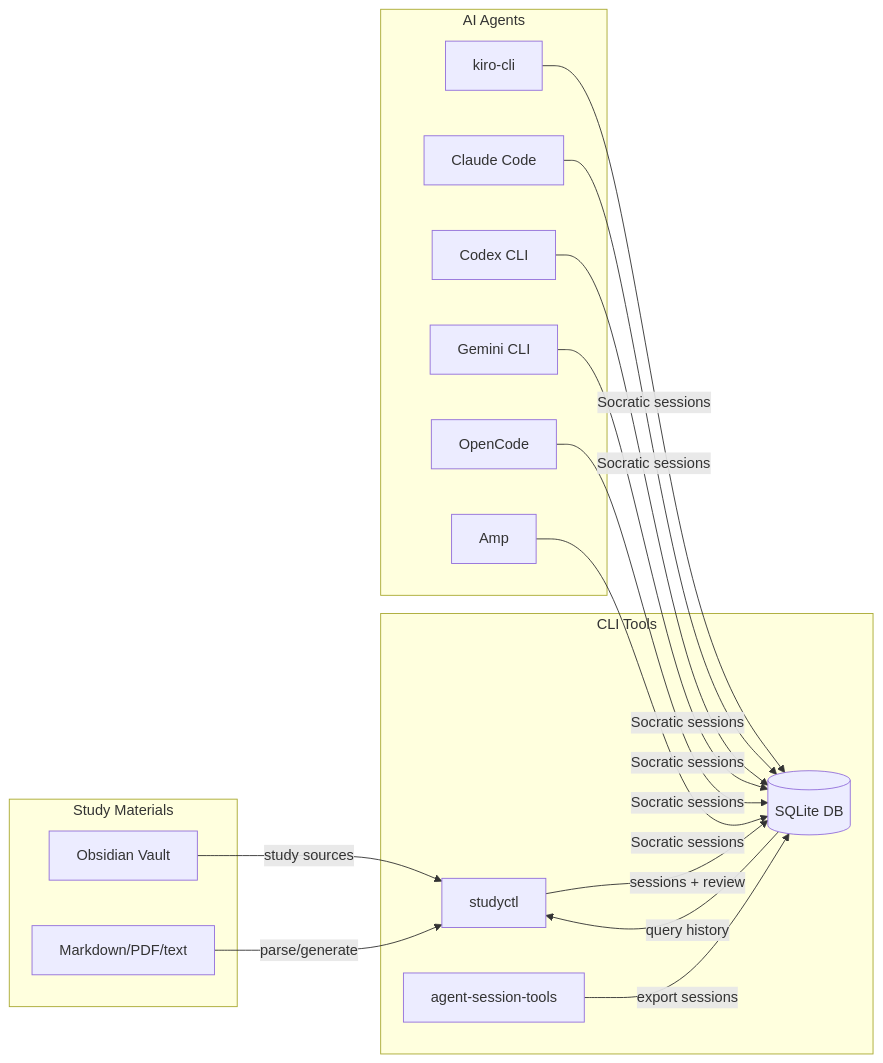
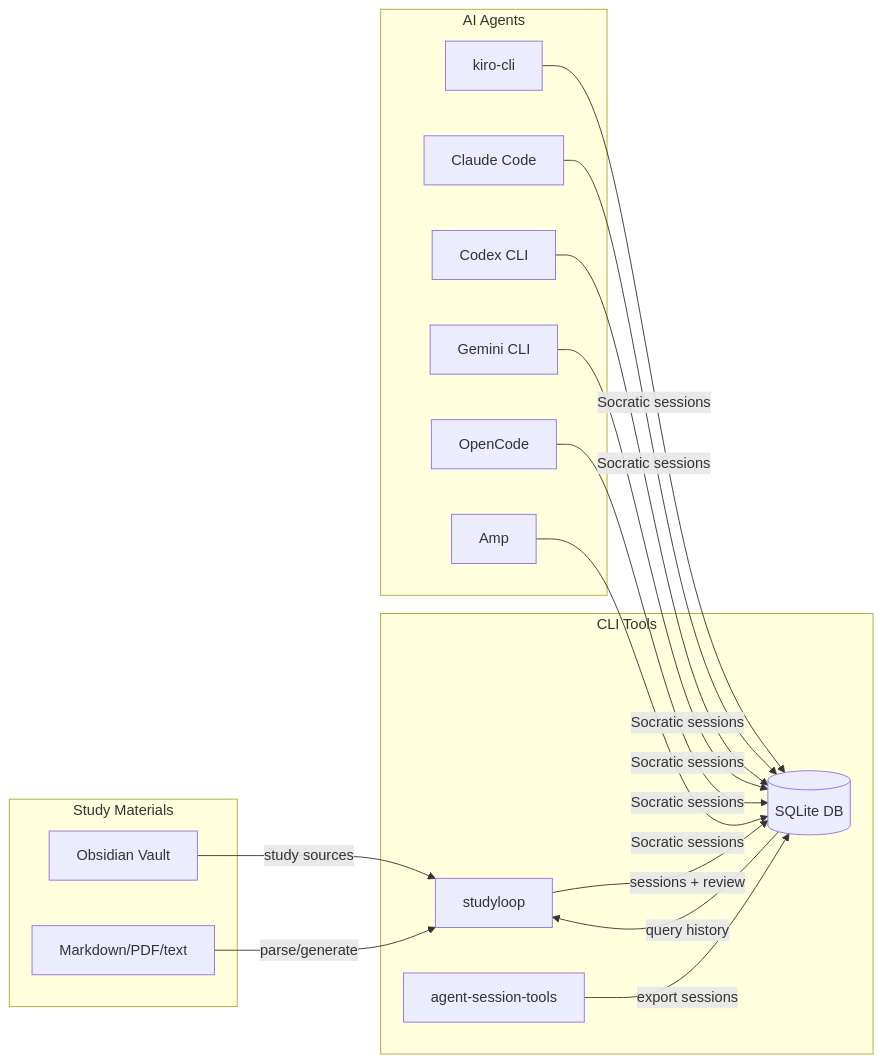
The diagram in docs/index.md (NetDevAutomate/StudyLoop), drawn with Mermaid before and after one commit. The commit also changed other lines of this file and 90 other files, not shown here.

````diff
--- a/docs/index.md
+++ b/docs/index.md
@@ -36,34 +36,34 @@
 ```mermaid
 graph LR
     subgraph "Study Materials"
         OB[Obsidian Vault]
         SRC[Markdown/PDF/text]
     end
 
     subgraph "CLI Tools"
-        SC[studyctl]
+        SC[studyloop]
         AST[agent-session-tools]
         DB[(SQLite DB)]
     end
 
     subgraph "AI Agents"
         KA[kiro-cli]
         CA[Claude Code]
         CX[Codex CLI]
         GA[Gemini CLI]
         OA[OpenCode]
         AA[Amp]
     end
 
     OB -->|study sources| SC
     SRC -->|parse/generate| SC
     SC -->|sessions + review| DB
     AST -->|export sessions| DB
     DB -->|query history| SC
     KA -->|Socratic sessions| DB
     CA -->|Socratic sessions| DB
     CX -->|Socratic sessions| DB
     GA -->|Socratic sessions| DB
     OA -->|Socratic sessions| DB
     AA -->|Socratic sessions| DB
 ```
````
